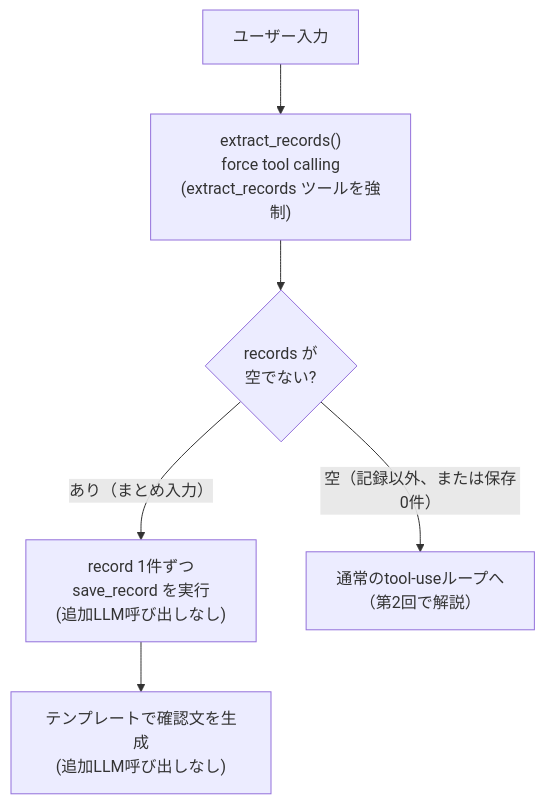
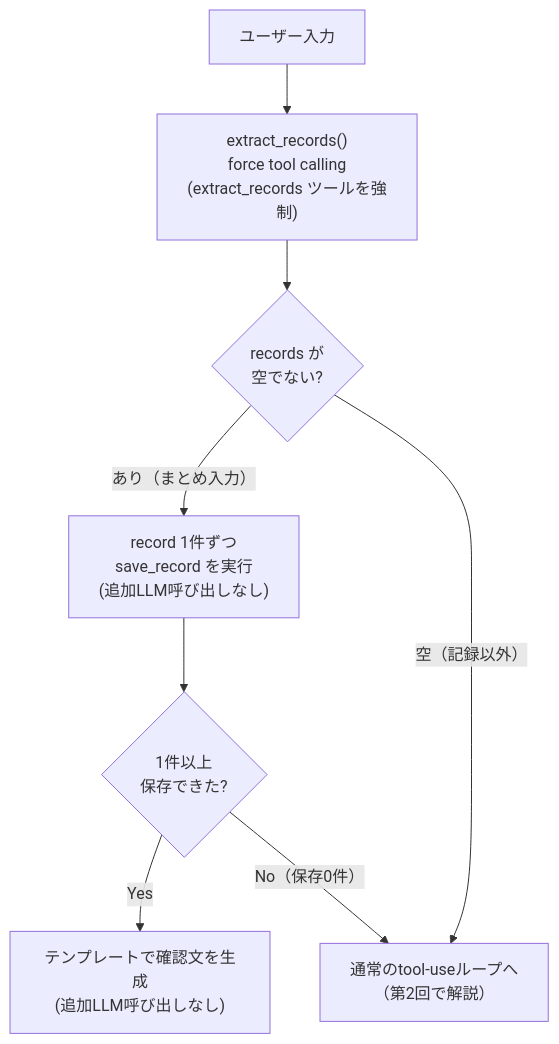
One commit to Kaaaaazuya/dev-blog changed the diagram in src/content/blog/ai-arch-03-force-tool-calling.md. Above: the diagram before and after it, drawn with Mermaid. The commit also changed other lines of this file, not shown here.

````diff
--- a/src/content/blog/ai-arch-03-force-tool-calling.md
+++ b/src/content/blog/ai-arch-03-force-tool-calling.md
@@ -36,8 +36,10 @@
 ```mermaid
 flowchart TD
     IN["ユーザー入力"] --> EXT["extract_records()<br>force tool calling<br>(extract_records ツールを強制)"]
     EXT --> Q{"records が<br>空でない?"}
     Q -->|"あり（まとめ入力）"| SAVE["record 1件ずつ<br>save_record を実行<br>(追加LLM呼び出しなし)"]
-    SAVE --> CONF["テンプレートで確認文を生成<br>(追加LLM呼び出しなし)"]
-    Q -->|"空（記録以外、または保存0件）"| LOOP["通常のtool-useループへ<br>（第2回で解説）"]
+    Q -->|"空（記録以外）"| LOOP["通常のtool-useループへ<br>（第2回で解説）"]
+    SAVE --> QS{"1件以上<br>保存できた?"}
+    QS -->|"Yes"| CONF["テンプレートで確認文を生成<br>(追加LLM呼び出しなし)"]
+    QS -->|"No（保存0件）"| LOOP
 ```
````
